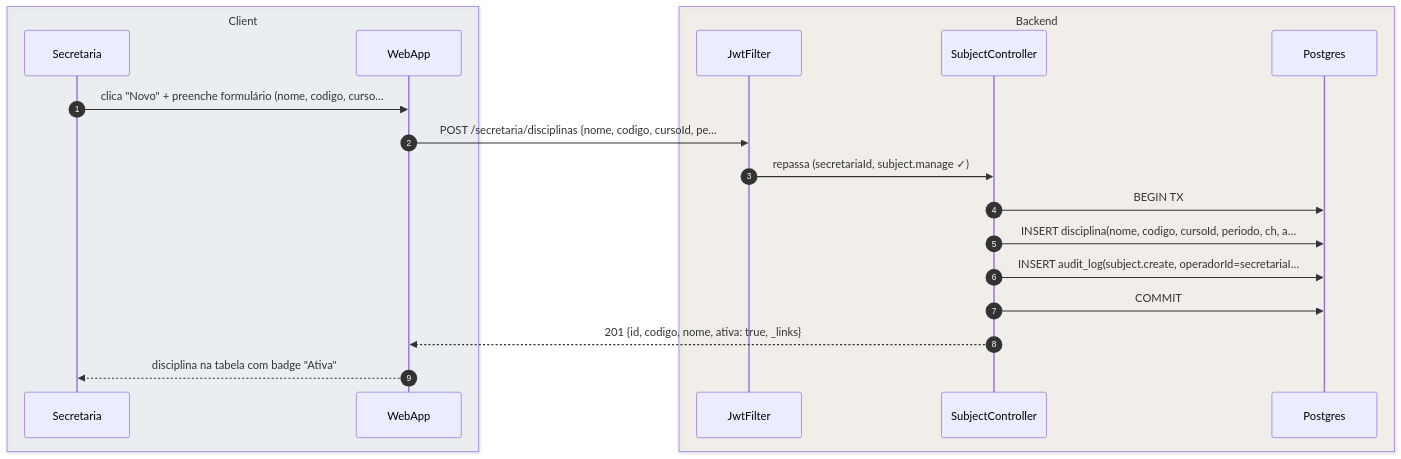
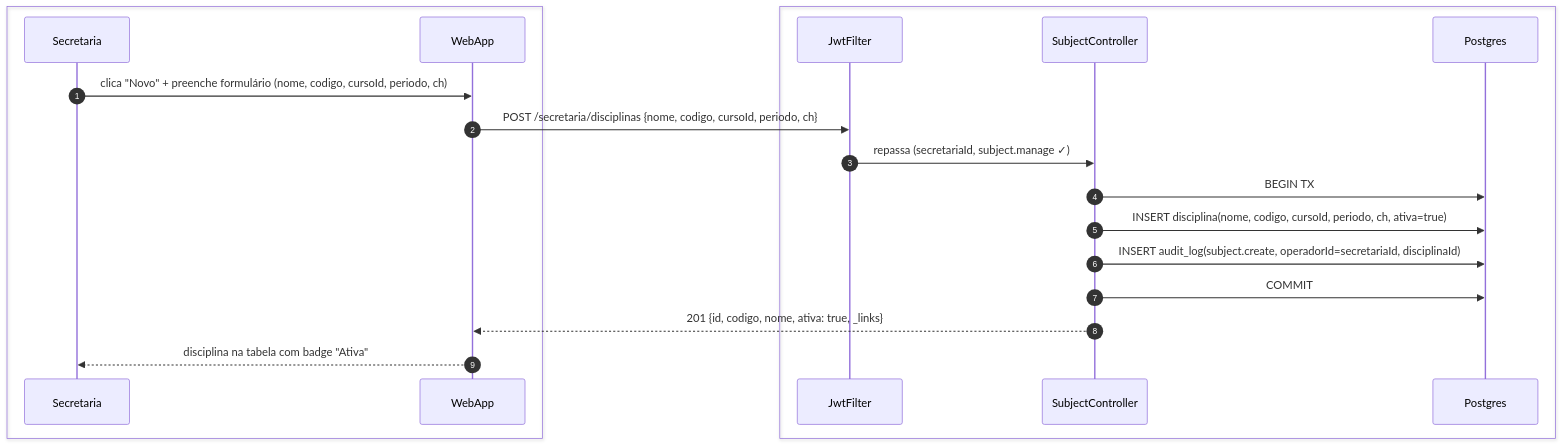
Before and after one commit to umishell/secretariaOnline2: the second of 8 diagrams in foundationDocs/sequenceDiagrams/F5 — Secretaria/US-F5-004-DADOS-ACADEMICOS.md, drawn with Mermaid. The commit also changed other lines of this file and 70 other files, not shown here.

First line of the commit message:
Enhance database documentation and introduce new schema files

````diff
--- a/foundationDocs/sequenceDiagrams/F5 — Secretaria/US-F5-004-DADOS-ACADEMICOS.md
+++ b/foundationDocs/sequenceDiagrams/F5 — Secretaria/US-F5-004-DADOS-ACADEMICOS.md
@@ -110,23 +110,23 @@
 ```mermaid
 sequenceDiagram
     autonumber
-    box rgba(230,245,255,0.3) Client
+    box #e8f4fc Cliente
         participant Secretaria
         participant WebApp
     end
-    box rgba(255,245,230,0.3) Backend
+    box #fff8ee Servidor
         participant JwtFilter
         participant SubjectController
         participant Postgres
     end
 
-    Secretaria->>WebApp: clica "Novo" + preenche formulário (nome, codigo, curso…
-    WebApp->>JwtFilter: POST /secretaria/disciplinas {nome, codigo, cursoId, pe…
+    Secretaria->>WebApp: clica "Novo" + preenche formulário (nome, codigo, cursoId, periodo, ch)
+    WebApp->>JwtFilter: POST /secretaria/disciplinas {nome, codigo, cursoId, periodo, ch}
     JwtFilter->>SubjectController: repassa (secretariaId, subject.manage ✓)
     SubjectController->>Postgres: BEGIN TX
-    SubjectController->>Postgres: INSERT disciplina(nome, codigo, cursoId, periodo, ch, a…
-    SubjectController->>Postgres: INSERT audit_log(subject.create, operadorId=secretariaI…
+    SubjectController->>Postgres: INSERT disciplina(nome, codigo, cursoId, periodo, ch, ativa=true)
+    SubjectController->>Postgres: INSERT audit_log(subject.create, operadorId=secretariaId, disciplinaId)
     SubjectController->>Postgres: COMMIT
     SubjectController-->>WebApp: 201 {id, codigo, nome, ativa: true, _links}
     WebApp-->>Secretaria: disciplina na tabela com badge "Ativa"
 ```
````
